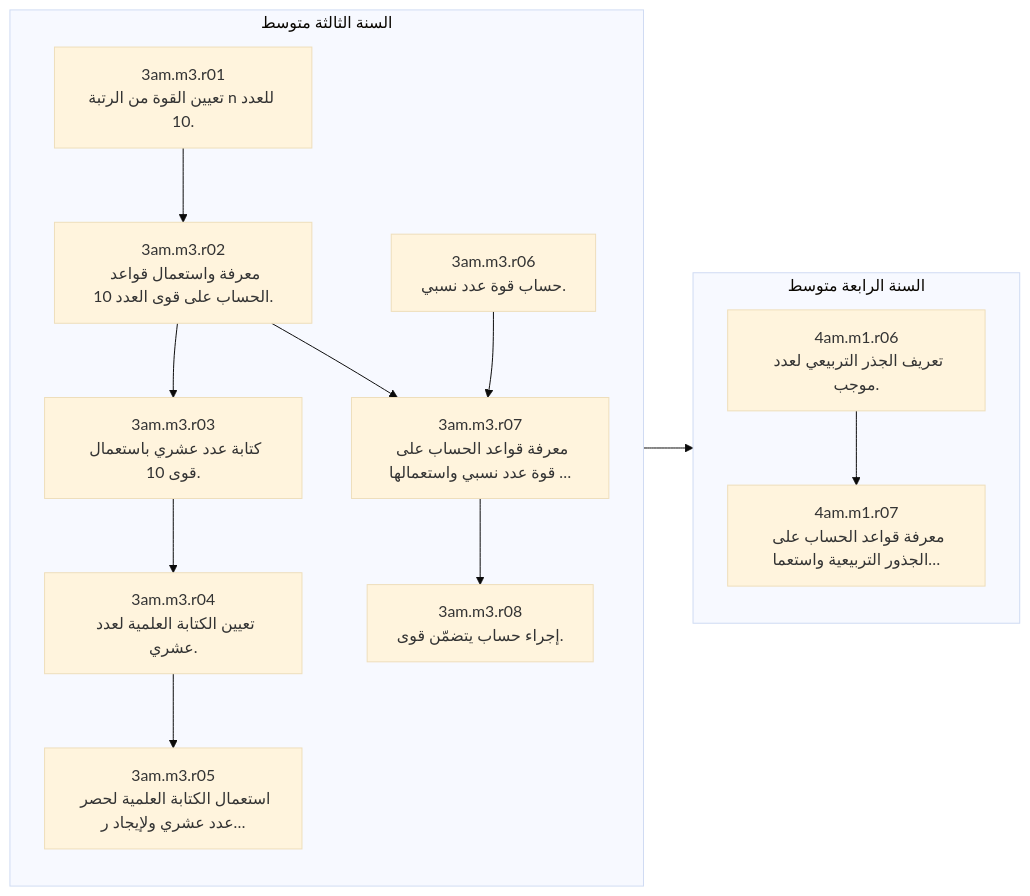
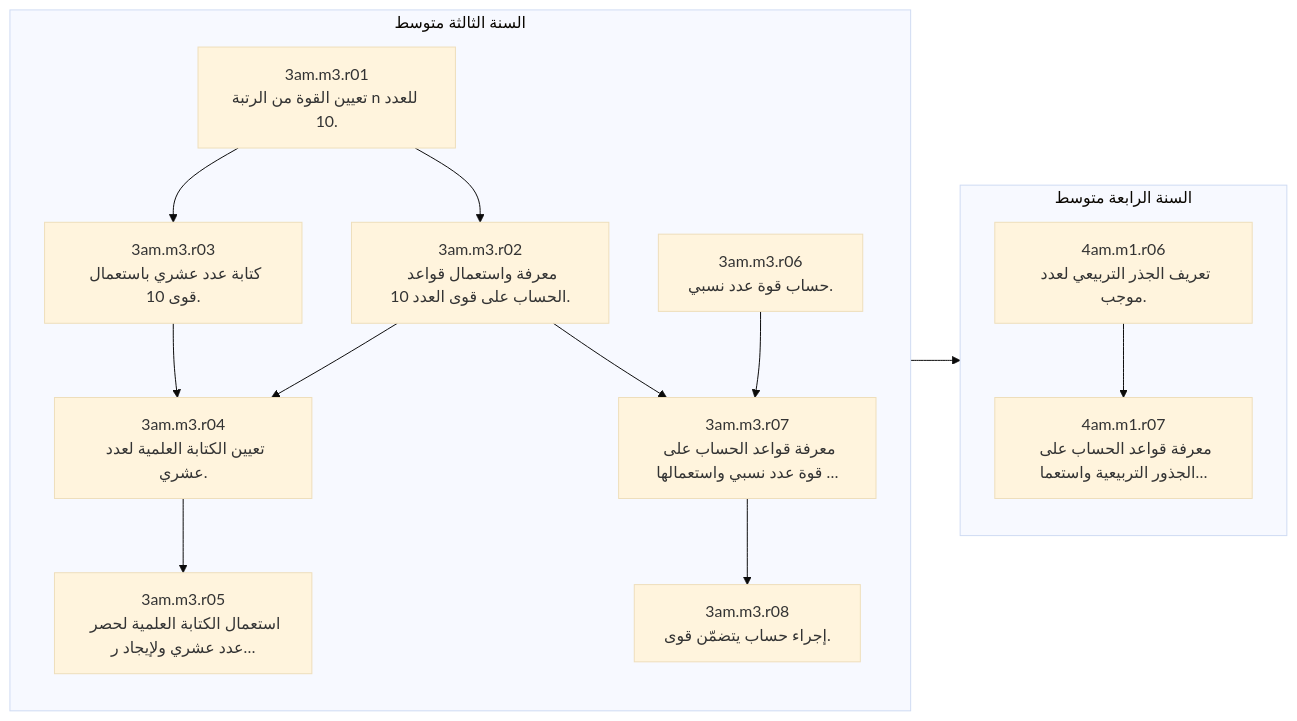
Before and after one commit to Abdennour-bouhounali/smarter-academy-dz: the fifth of 17 diagrams in docs/curriculum/LEARNING_NET_MAP.md, drawn with Mermaid (base theme). The commit also changed other lines of this file and 193 other files, not shown here.

````diff
--- a/docs/curriculum/LEARNING_NET_MAP.md
+++ b/docs/curriculum/LEARNING_NET_MAP.md
@@ -191,28 +191,29 @@
 ```mermaid
 flowchart LR
   subgraph g_3am["السنة الثالثة متوسط"]
     direction TB
     n_3am_m3_r01["3am.m3.r01<br/>تعيين القوة من الرتبة n للعدد 10."]
     n_3am_m3_r02["3am.m3.r02<br/>معرفة واستعمال قواعد الحساب على قوى العدد 10."]
     n_3am_m3_r03["3am.m3.r03<br/>كتابة عدد عشري باستعمال قوى 10."]
     n_3am_m3_r04["3am.m3.r04<br/>تعيين الكتابة العلمية لعدد عشري."]
     n_3am_m3_r05["3am.m3.r05<br/>استعمال الكتابة العلمية لحصر عدد عشري ولإيجاد ر…"]
     n_3am_m3_r06["3am.m3.r06<br/>حساب قوة عدد نسبي."]
     n_3am_m3_r07["3am.m3.r07<br/>معرفة قواعد الحساب على قوة عدد نسبي واستعمالها …"]
     n_3am_m3_r08["3am.m3.r08<br/>إجراء حساب يتضمّن قوى."]
   end
   subgraph g_4am["السنة الرابعة متوسط"]
     direction TB
     n_4am_m1_r06["4am.m1.r06<br/>تعريف الجذر التربيعي لعدد موجب."]
     n_4am_m1_r07["4am.m1.r07<br/>معرفة قواعد الحساب على الجذور التربيعية واستعما…"]
   end
   n_3am_m3_r01 --> n_3am_m3_r02
-  n_3am_m3_r02 --> n_3am_m3_r03
+  n_3am_m3_r01 --> n_3am_m3_r03
+  n_3am_m3_r02 --> n_3am_m3_r04
   n_3am_m3_r03 --> n_3am_m3_r04
   n_3am_m3_r04 --> n_3am_m3_r05
   n_3am_m3_r06 --> n_3am_m3_r07
   n_3am_m3_r02 --> n_3am_m3_r07
   n_3am_m3_r07 --> n_3am_m3_r08
   n_3am_m3_r06 --> n_4am_m1_r06
   n_4am_m1_r06 --> n_4am_m1_r07
 ```
````
